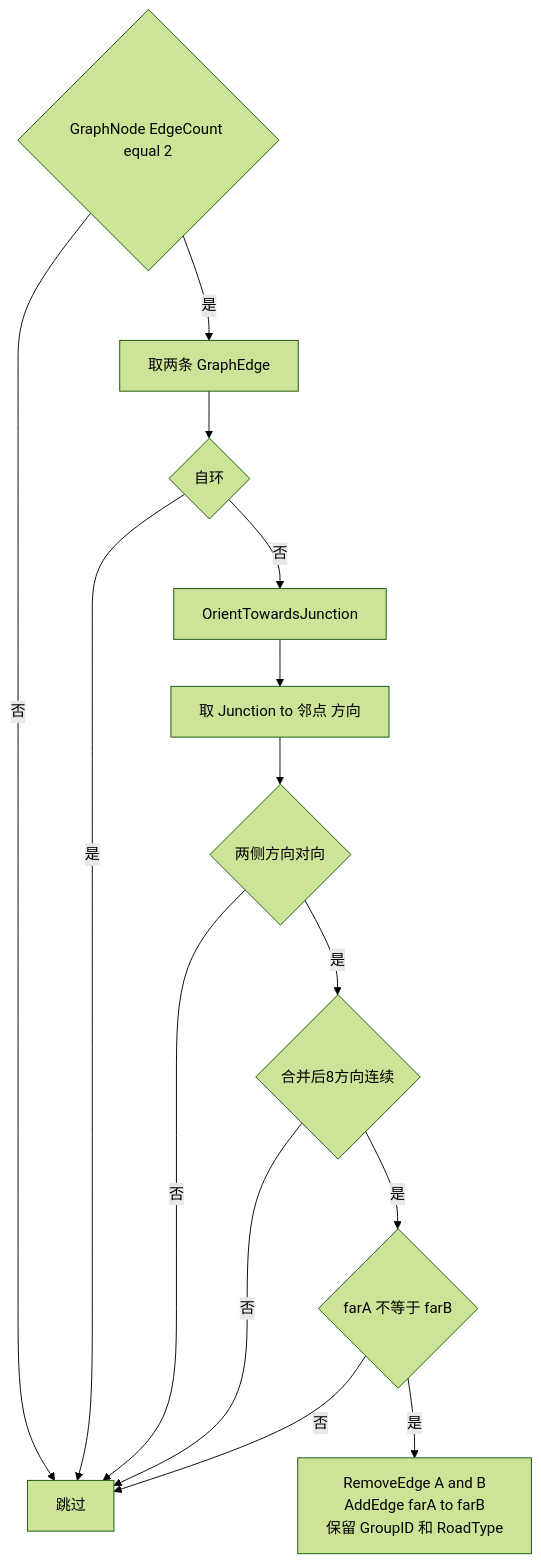
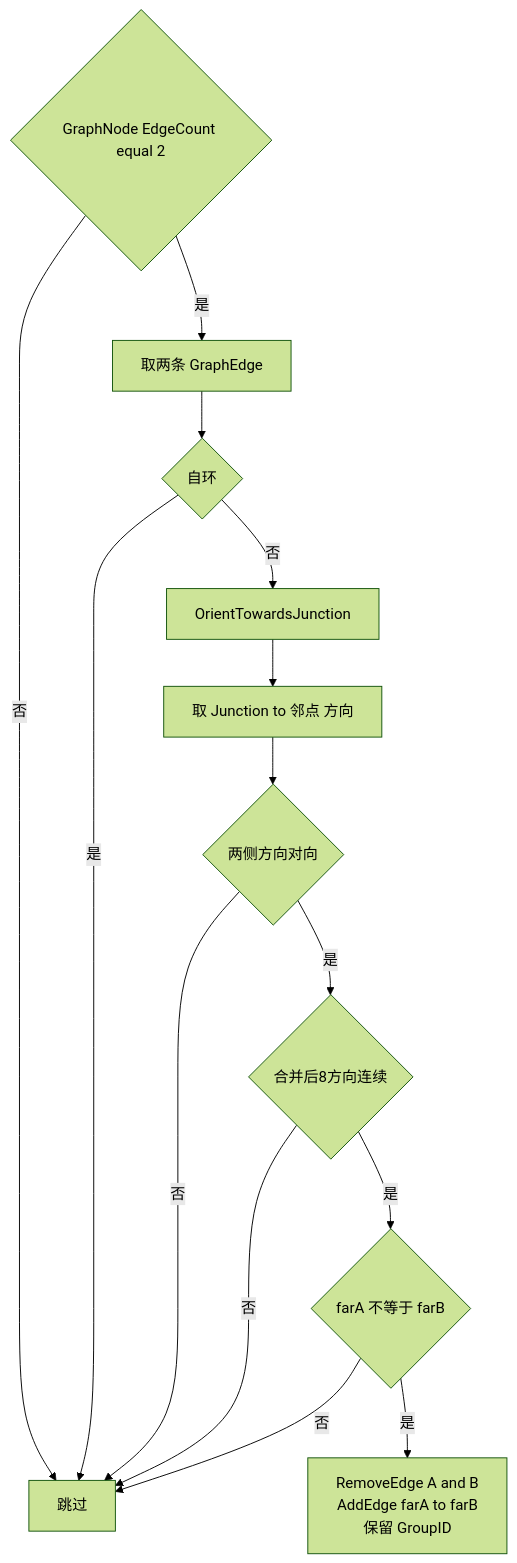
One commit to xianfishyu/SimpleCities changed the eighth of 9 diagrams in docs/reference/game-logic.md. Above: the diagram before and after it, drawn with Mermaid (forest theme). The commit also changed other lines of this file and 6 other files, not shown here.

````diff
--- a/docs/reference/game-logic.md
+++ b/docs/reference/game-logic.md
@@ -273,16 +269,16 @@
 ```mermaid
 flowchart TD
     Start{"GraphNode EdgeCount equal 2"} -->|否| Skip["跳过"]
     Start -->|是| SegAB["取两条 GraphEdge"]
     SegAB --> Guard1{"自环"}
     Guard1 -->|是| Skip
     Guard1 -->|否| Orient["OrientTowardsJunction"]
     Orient --> Dir["取 Junction to 邻点 方向"]
     Dir --> Guard2{"两侧方向对向"}
     Guard2 -->|否| Skip
     Guard2 -->|是| Guard3{"合并后8方向连续"}
     Guard3 -->|否| Skip
     Guard3 -->|是| Guard4{"farA 不等于 farB"}
     Guard4 -->|否| Skip
-    Guard4 -->|是| Merge["RemoveEdge A and B<br/>AddEdge farA to farB<br/>保留 GroupID 和 RoadType"]
+    Guard4 -->|是| Merge["RemoveEdge A and B<br/>AddEdge farA to farB<br/>保留 GroupID"]
 ```
````
